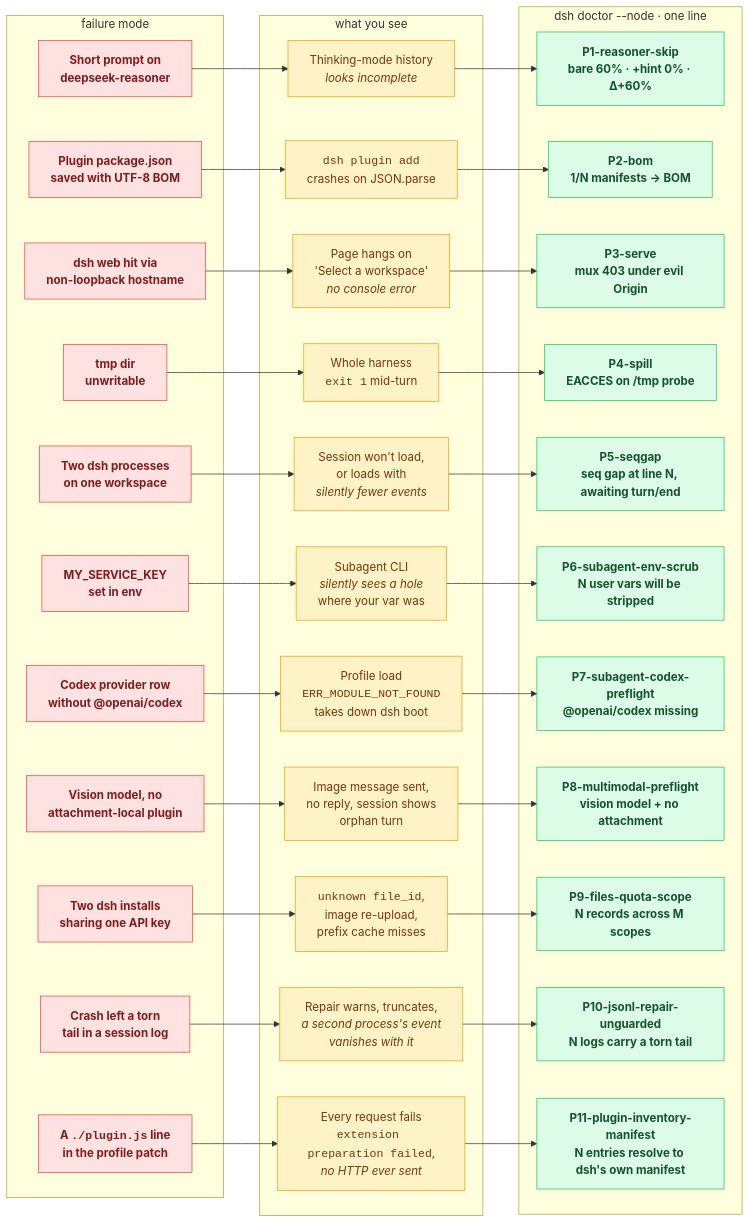
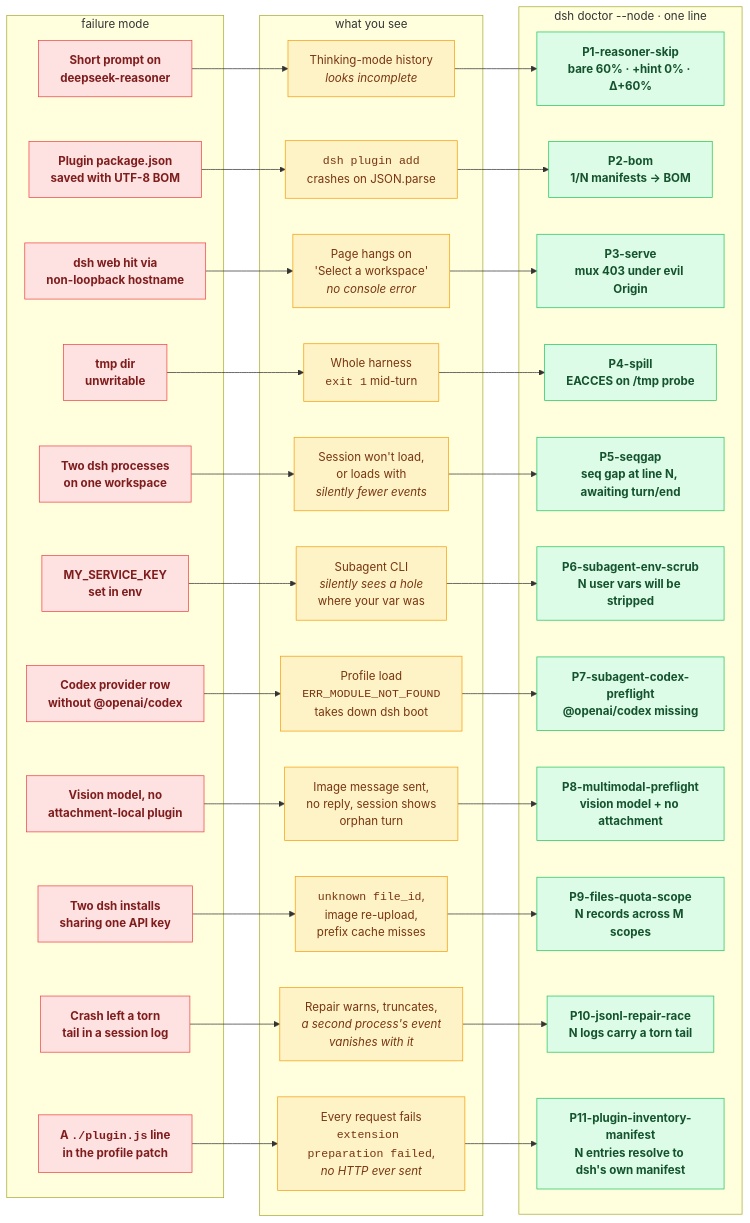
One commit to HenryZ838978/deepseek-harness changed the first of 7 diagrams in README.md. Above: the diagram before and after it, drawn with Mermaid. The commit also changed other lines of this file and 14 other files, not shown here.

```diff
--- a/README.md
+++ b/README.md
@@ -78,7 +78,7 @@
     D7["<b>P7-subagent-codex-preflight</b><br/>@openai/codex missing"]:::fix
     D8["<b>P8-multimodal-preflight</b><br/>vision model + no attachment"]:::fix
     D9["<b>P9-files-quota-scope</b><br/>N records across M scopes"]:::fix
-    D10["<b>P10-jsonl-repair-unguarded</b><br/>N logs carry a torn tail"]:::fix
+    D10["<b>P10-jsonl-repair-race</b><br/>N logs carry a torn tail"]:::fix
     D11["<b>P11-plugin-inventory-manifest</b><br/>N entries resolve to dsh's own manifest"]:::fix
 
     F1 --> S1 --> D1
```
